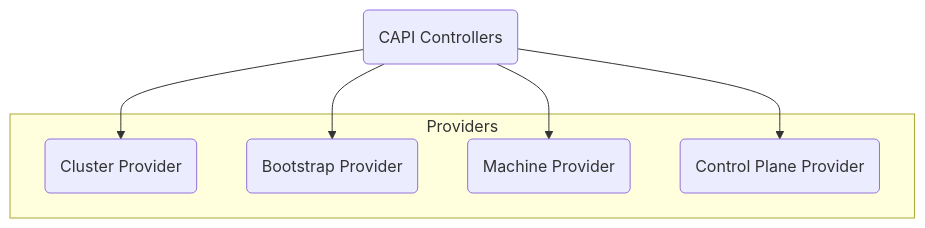
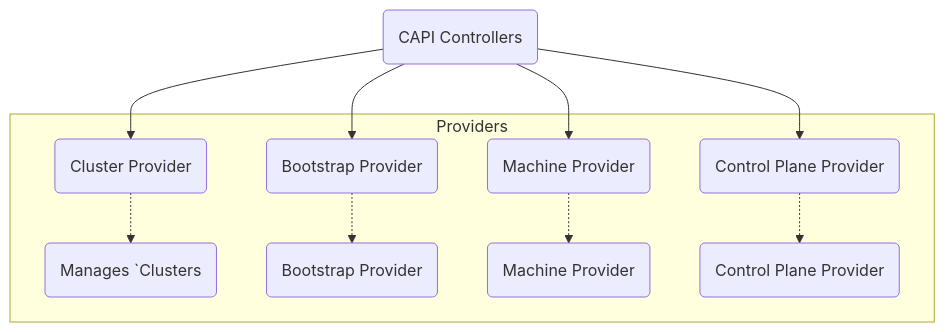
Before and after one commit to aiyengar2/k8s-docs: the second of 2 diagrams in docs/provisioning/00_capi.md, drawn with Mermaid.

````diff
--- a/docs/provisioning/00_capi.md
+++ b/docs/provisioning/00_capi.md
@@ -57,14 +57,25 @@
 ```mermaid
 graph TD
     CAPIControllers("CAPI Controllers")
     subgraph Providers
     ClusterProvider("Cluster Provider")
     BootstrapProvider("Bootstrap Provider")
     MachineProvider("Machine Provider")
     ControlPlaneProvider("Control Plane Provider")
+
+    ClusterProviderDescription("Manages `<Infrastructure>Clusters")
+    BootstrapProviderDescription("Bootstrap Provider")
+    MachineProviderDescription("Machine Provider")
+    ControlPlaneProviderDescription("Control Plane Provider")
     end
+
     CAPIControllers-->ClusterProvider
     CAPIControllers-->BootstrapProvider
     CAPIControllers-->MachineProvider
     CAPIControllers-->ControlPlaneProvider
+    
+    ClusterProvider-.->ClusterProviderDescription
+    BootstrapProvider-.->BootstrapProviderDescription
+    MachineProvider-.->MachineProviderDescription
+    ControlPlaneProvider-.->ControlPlaneProviderDescription
 ```
````
